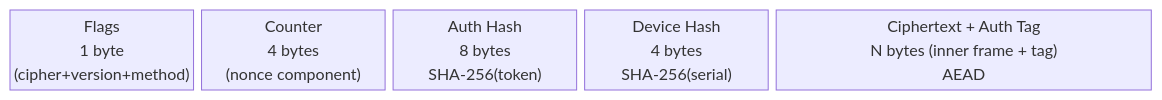
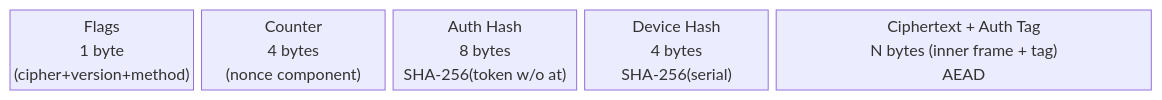
Before and after one commit to tago-io/tagotip: the second of 3 diagrams in TagoTiPs.md, drawn with Mermaid. The commit also changed other lines of this file and 3 other files, not shown here.

````diff
--- a/TagoTiPs.md
+++ b/TagoTiPs.md
@@ -47,9 +47,9 @@
 ```mermaid
 block-beta
   columns 6
   FL["Flags\n1 byte\n(cipher+version+method)"]:1
   CTR["Counter\n4 bytes\n(nonce component)"]:1
-  AH["Auth Hash\n8 bytes\nSHA-256(token)"]:1
+  AH["Auth Hash\n8 bytes\nSHA-256(token w/o at)"]:1
   DH["Device Hash\n4 bytes\nSHA-256(serial)"]:1
   CT["Ciphertext + Auth Tag\nN bytes (inner frame + tag)\nAEAD"]:2
 ```
````
